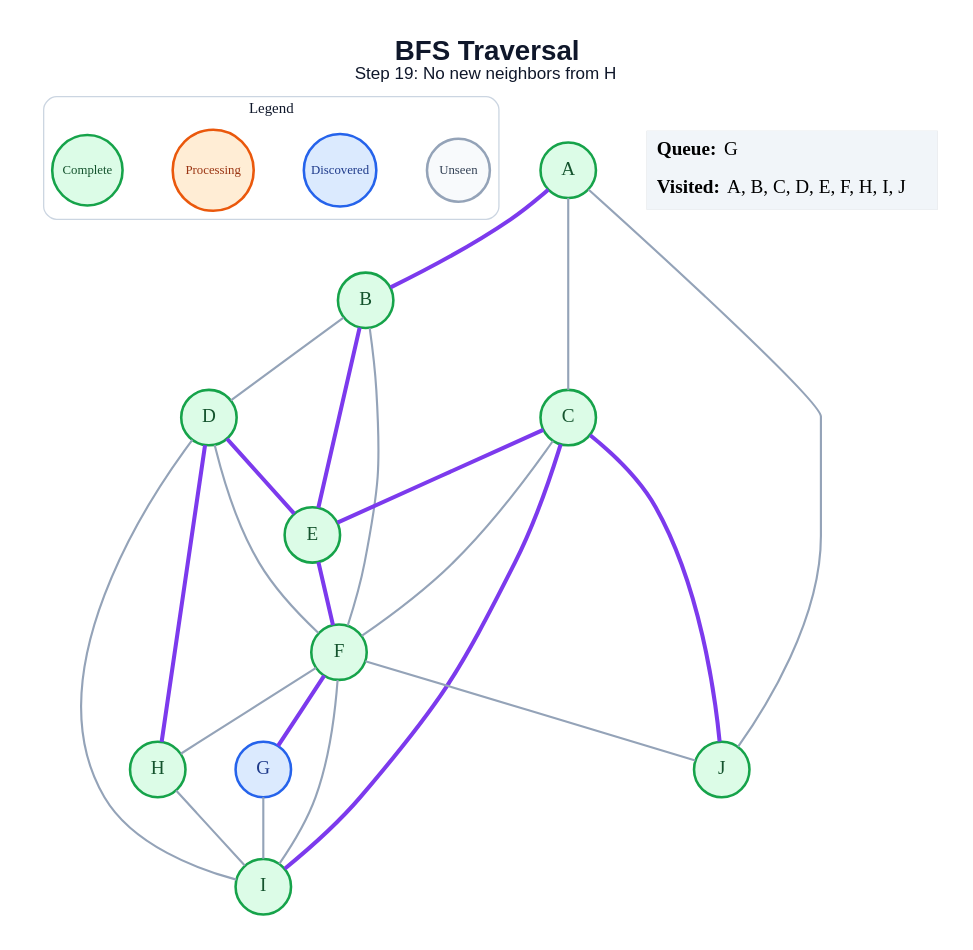
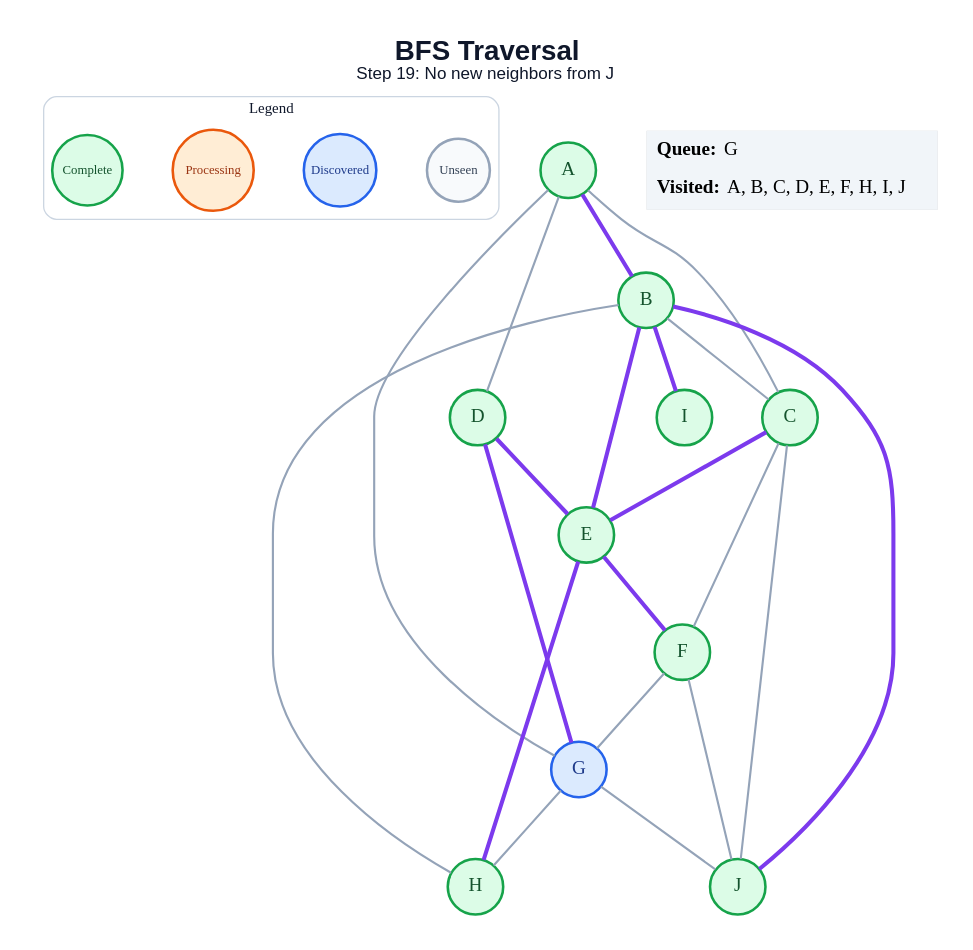
Before and after one commit to amanghodawala9/ai-slop: the diagram in generated/specific-node/bfs/step_19.dot, drawn with Graphviz. The commit also changed 178 other files, not shown here.

```diff
--- a/generated/specific-node/bfs/step_19.dot
+++ b/generated/specific-node/bfs/step_19.dot
@@ -1,50 +1,49 @@
 graph traversal {
   graph [layout=dot, rankdir=TB, bgcolor="#FFFFFF", pad="0.35", nodesep="0.65", ranksep="0.8", fontname="Arial"];
   node [shape=circle, style="filled", fontname="Arial Bold", fontsize=18, width=0.72, fixedsize=true, penwidth=2.4];
   edge [color="#94A3B8", penwidth=2.0];
-  label=<<B>BFS Traversal</B><BR/><FONT POINT-SIZE="16">Step 19: No new neighbors from H</FONT>>; labelloc="t"; fontsize=26; fontname="Arial"; fontcolor="#0F172A";
+  label=<<B>BFS Traversal</B><BR/><FONT POINT-SIZE="16">Step 19: No new neighbors from J</FONT>>; labelloc="t"; fontsize=26; fontname="Arial"; fontcolor="#0F172A";
   subgraph cluster_legend { label="Legend"; color="#CBD5E1"; penwidth=1.2; style="rounded"; fontsize=14; fontname="Arial Bold";
     key_unseen [label="Unseen", fillcolor="#F8FAFC", color="#94A3B8", fontcolor="#334155", fontsize=12, width=0.82];
     key_frontier [label="Discovered", fillcolor="#DBEAFE", color="#2563EB", fontcolor="#1E3A8A", fontsize=12, width=0.95];
     key_current [label="Processing", fillcolor="#FFEDD5", color="#EA580C", fontcolor="#9A3412", fontsize=12, width=1.05];
     key_done [label="Complete", fillcolor="#DCFCE7", color="#16A34A", fontcolor="#14532D", fontsize=12, width=0.92];
     { rank=same; key_unseen; key_frontier; key_current; key_done; }
   }
   A [fillcolor="#DCFCE7", color="#16A34A", fontcolor="#14532D"];
   B [fillcolor="#DCFCE7", color="#16A34A", fontcolor="#14532D"];
   C [fillcolor="#DCFCE7", color="#16A34A", fontcolor="#14532D"];
   D [fillcolor="#DCFCE7", color="#16A34A", fontcolor="#14532D"];
   E [fillcolor="#DCFCE7", color="#16A34A", fontcolor="#14532D"];
   F [fillcolor="#DCFCE7", color="#16A34A", fontcolor="#14532D"];
   G [fillcolor="#DBEAFE", color="#2563EB", fontcolor="#1E3A8A"];
   H [fillcolor="#DCFCE7", color="#16A34A", fontcolor="#14532D"];
   I [fillcolor="#DCFCE7", color="#16A34A", fontcolor="#14532D"];
   J [fillcolor="#DCFCE7", color="#16A34A", fontcolor="#14532D"];
   A -- B [color="#7C3AED", penwidth=3.8];
   A -- C;
-  A -- J;
-  B -- D;
+  A -- D;
+  A -- G;
+  B -- C;
   B -- E [color="#7C3AED", penwidth=3.8];
-  B -- F;
+  B -- H;
+  B -- I [color="#7C3AED", penwidth=3.8];
+  B -- J [color="#7C3AED", penwidth=3.8];
   C -- E [color="#7C3AED", penwidth=3.8];
   C -- F;
-  C -- I [color="#7C3AED", penwidth=3.8];
-  C -- J [color="#7C3AED", penwidth=3.8];
+  C -- J;
   D -- E [color="#7C3AED", penwidth=3.8];
-  D -- F;
-  D -- H [color="#7C3AED", penwidth=3.8];
-  D -- I;
+  D -- G [color="#7C3AED", penwidth=3.8];
   E -- F [color="#7C3AED", penwidth=3.8];
-  F -- G [color="#7C3AED", penwidth=3.8];
-  F -- H;
-  F -- I;
+  E -- H [color="#7C3AED", penwidth=3.8];
+  F -- G;
   F -- J;
-  G -- I;
-  H -- I;
+  G -- H;
+  G -- J;
   status [shape=plain, fixedsize=false, width=0, height=0, margin=0, label=<
     <TABLE BORDER="0" CELLBORDER="0" CELLPADDING="7" BGCOLOR="#F1F5F9">
       <TR><TD ALIGN="LEFT"><B>Queue:</B> G</TD></TR>
       <TR><TD ALIGN="LEFT"><B>Visited:</B> A, B, C, D, E, F, H, I, J</TD></TR>
     </TABLE>
   >];
 }
```
